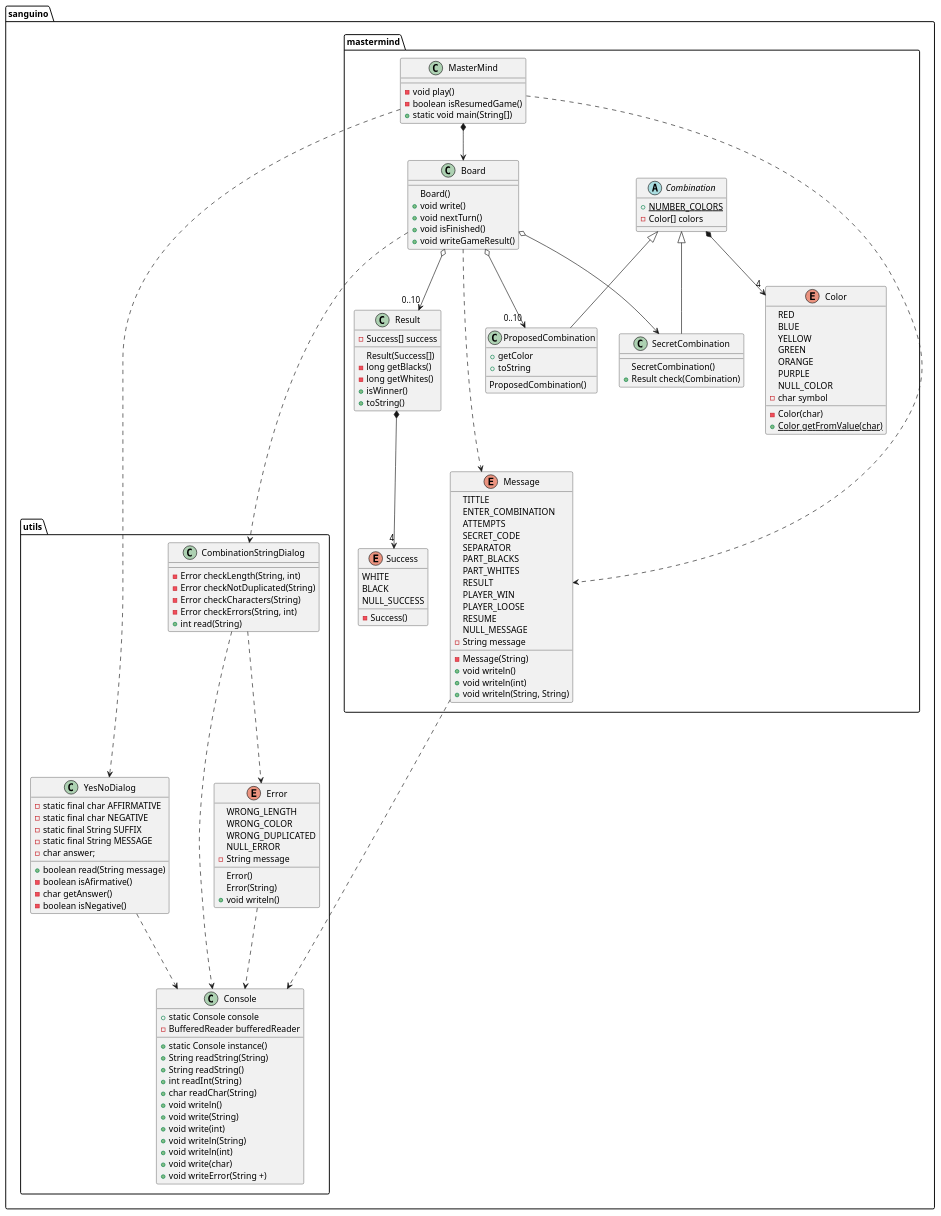
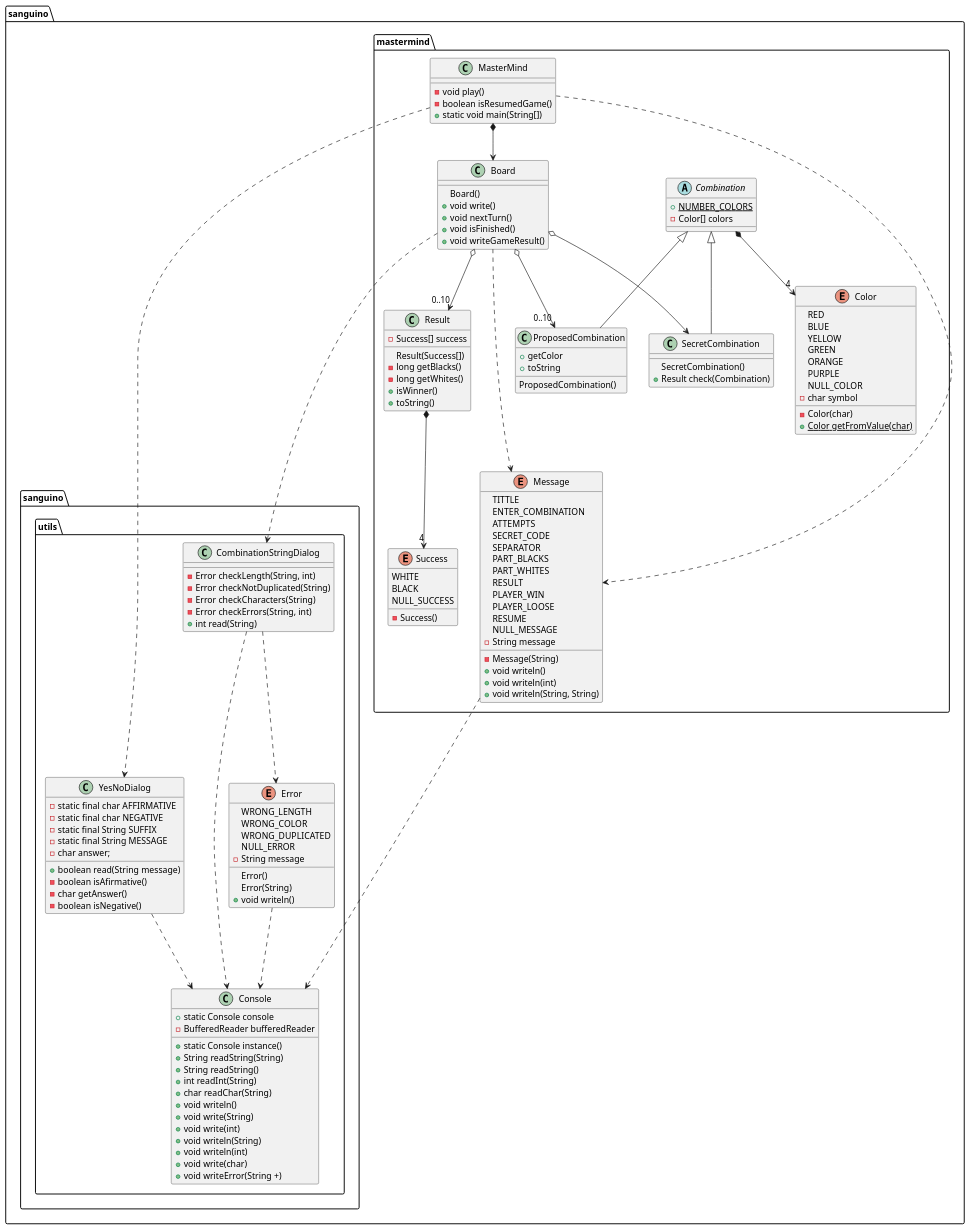
One commit to sanguino/master_01_mastermind changed the diagram in docs/classDiagram.puml. Above: the diagram before and after it, drawn with PlantUML. The commit also changed 40 other files, not shown here.

```diff
--- a/docs/classDiagram.puml
+++ b/docs/classDiagram.puml
@@ -1,153 +1,153 @@
 @startuml mastermindClases
 namespace sanguino.mastermind {
 
     class MasterMind{
 	    - void play()
 	    - boolean isResumedGame()
 	    + static void main(String[])
     }
 
     class Board {
         Board()
         + void write()
         + void nextTurn()
         + void isFinished()
         + void writeGameResult()
     }
 
     abstract class Combination {
         + {static} NUMBER_COLORS
         - Color[] colors
     }
 
     class ProposedCombination extends Combination {
         ProposedCombination()
         + getColor
         + toString
     }
 
     class SecretCombination extends Combination {
         SecretCombination()
         + Result check(Combination)
     }
 
     class Result {
         - Success[] success
         Result(Success[])
         - long getBlacks()
         - long getWhites()
         + isWinner()
         + toString()
     }
 
     enum Color {
         RED
         BLUE
         YELLOW
         GREEN
         ORANGE
         PURPLE
         NULL_COLOR
         - char symbol
         - Color(char)
         + {static} Color getFromValue(char)
     }
 
     enum Success {
         WHITE
         BLACK
         NULL_SUCCESS
         - Success()
     }
 
     enum Message {
         TITTLE
         ENTER_COMBINATION
         ATTEMPTS
         SECRET_CODE
         SEPARATOR
         PART_BLACKS
         PART_WHITES
         RESULT
         PLAYER_WIN
         PLAYER_LOOSE
         RESUME
         NULL_MESSAGE
         - String message
         - Message(String)
         + void writeln()
         + void writeln(int)
         + void writeln(String, String)
     }
 
     MasterMind *-down-> Board
     Board o-down-> "0..10" ProposedCombination
     Board o-down-> SecretCombination
     Board o-down-> "0..10" Result
     Combination *-down-> "4" Color
     Result *-down-> "4" Success
     MasterMind .-down-> Message
     Board .-down-> Message
 }
 
-namespace sanguino.utils {
+namespace sanguino.sanguino.utils {
 
     class Console {
         + static Console console
         + static Console instance()
         - BufferedReader bufferedReader
         + String readString(String)
         + String readString()
         + int readInt(String)
         + char readChar(String)
         + void writeln()
         + void write(String)
         + void write(int)
         + void writeln(String)
         + void writeln(int)
         + void write(char)
         + void writeError(String +)
     }
 
     class CombinationStringDialog { 
         - Error checkLength(String, int)
         - Error checkNotDuplicated(String)
         - Error checkCharacters(String)
         - Error checkErrors(String, int)
         + int read(String)
     }
 
     class YesNoDialog {
         - static final char AFFIRMATIVE
         - static final char NEGATIVE
         - static final String SUFFIX
         - static final String MESSAGE
         - char answer;
         + boolean read(String message)
         - boolean isAfirmative()
         - char getAnswer()
         - boolean isNegative()
     }
 
     enum Error {
         WRONG_LENGTH
         WRONG_COLOR
         WRONG_DUPLICATED
         NULL_ERROR
         - String message
         Error()
         Error(String)
         + void writeln()
     }
 
     YesNoDialog .-down-> Console
     CombinationStringDialog .-down-> Console
     CombinationStringDialog .-down-> Error
     Error .-down-> Console
 }
 
-sanguino.mastermind.Message .-down-> sanguino.utils.Console
-sanguino.mastermind.Board .-down-> sanguino.utils.CombinationStringDialog
-sanguino.mastermind.MasterMind .-down-> sanguino.utils.YesNoDialog
+sanguino.mastermind.Message .-down-> sanguino.sanguino.utils.Console
+sanguino.mastermind.Board .-down-> sanguino.sanguino.utils.CombinationStringDialog
+sanguino.mastermind.MasterMind .-down-> sanguino.sanguino.utils.YesNoDialog
 
 @enduml
```
